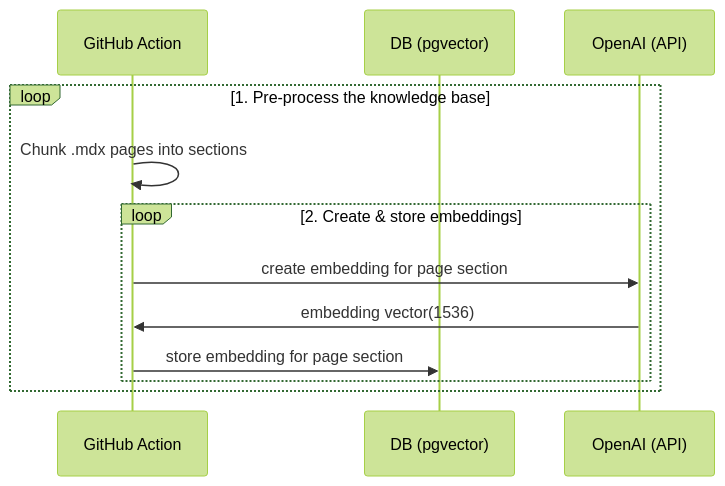
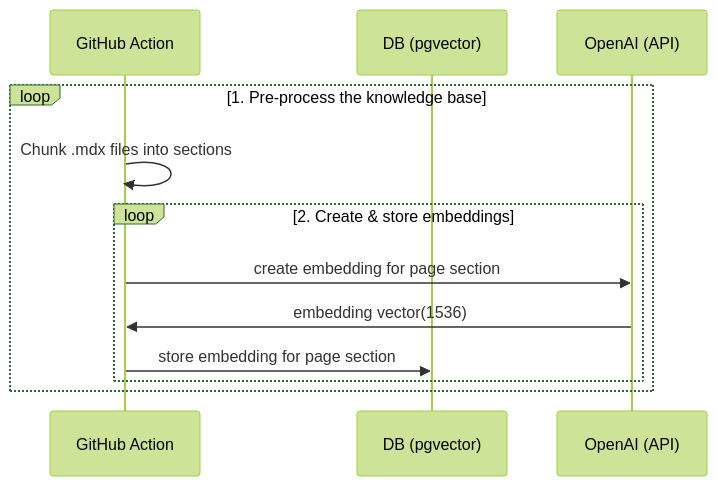
The first of 2 diagrams in README.md (supabase-community/deno-fresh-openai-doc-search), drawn with Mermaid (forest theme) before and after one commit. The commit also changed other lines of this file, not shown here.

````diff
--- a/README.md
+++ b/README.md
@@ -102,14 +102,14 @@
 ```mermaid
 sequenceDiagram
     participant GitHub Action
     participant DB (pgvector)
     participant OpenAI (API)
     loop 1. Pre-process the knowledge base
-        GitHub Action->>GitHub Action: Chunk .mdx pages into sections
+        GitHub Action->>GitHub Action: Chunk .mdx files into sections
         loop 2. Create & store embeddings
             GitHub Action->>OpenAI (API): create embedding for page section
             OpenAI (API)->>GitHub Action: embedding vector(1536)
             GitHub Action->>DB (pgvector): store embedding for page section
         end
     end
 ```
````
